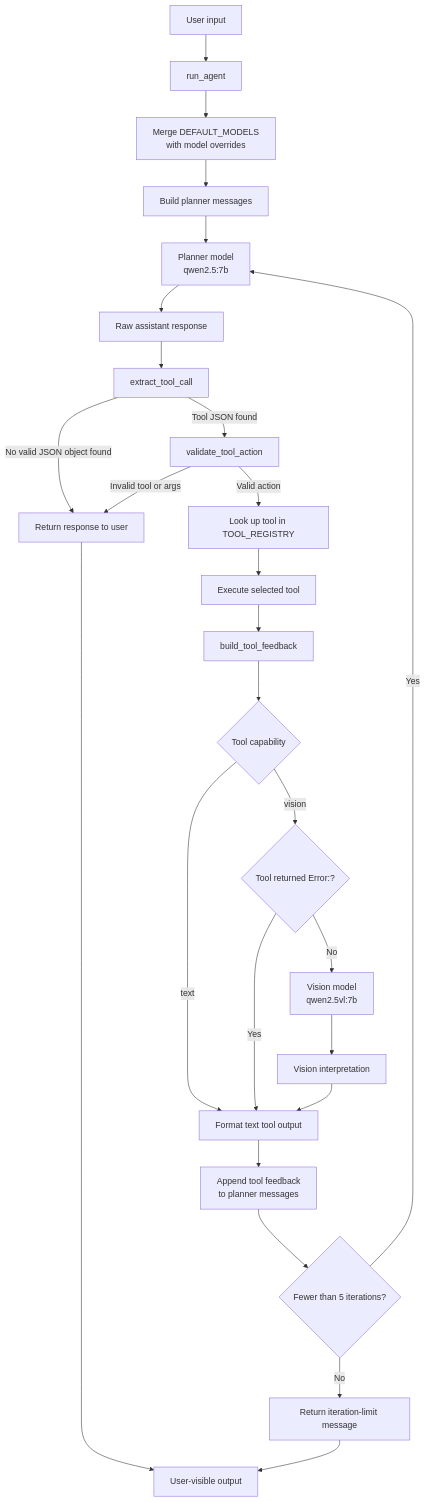
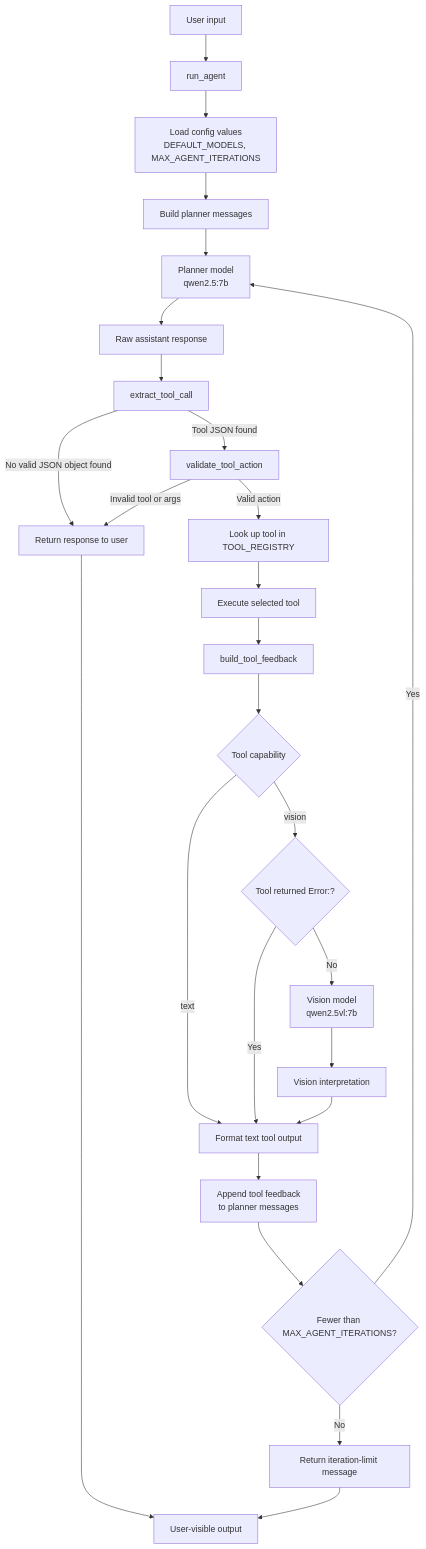
The first of 13 diagrams in ARCHITECTURE.md (eigenlambda123/AIgen), drawn with Mermaid before and after one commit. The commit also changed other lines of this file and 6 other files, not shown here.

````diff
--- a/ARCHITECTURE.md
+++ b/ARCHITECTURE.md
@@ -8,31 +8,31 @@
 ```mermaid
 flowchart TD
     U[User input] --> A[run_agent]
-    A --> M[Merge DEFAULT_MODELS<br/>with model overrides]
+    A --> M[Load config values<br/>DEFAULT_MODELS, MAX_AGENT_ITERATIONS]
     M --> P[Build planner messages]
     P --> L[Planner model<br/>qwen2.5:7b]
     L --> R[Raw assistant response]
     R --> X[extract_tool_call]
 
     X -->|No valid JSON object found| O[Return response to user]
     X -->|Tool JSON found| V[validate_tool_action]
     V -->|Invalid tool or args| O
     V -->|Valid action| T[Look up tool in TOOL_REGISTRY]
     T --> E[Execute selected tool]
     E --> F[build_tool_feedback]
 
     F --> C{Tool capability}
     C -->|text| FB[Format text tool output]
     C -->|vision| ER{Tool returned Error:?}
     ER -->|Yes| FB
     ER -->|No| VM[Vision model<br/>qwen2.5vl:7b]
     VM --> VS[Vision interpretation]
     VS --> FB
 
     FB --> B[Append tool feedback<br/>to planner messages]
-    B --> I{Fewer than 5 iterations?}
+    B --> I{Fewer than MAX_AGENT_ITERATIONS?}
     I -->|Yes| L
     I -->|No| Z[Return iteration-limit message]
     O --> UO[User-visible output]
     Z --> UO
 ```
````
